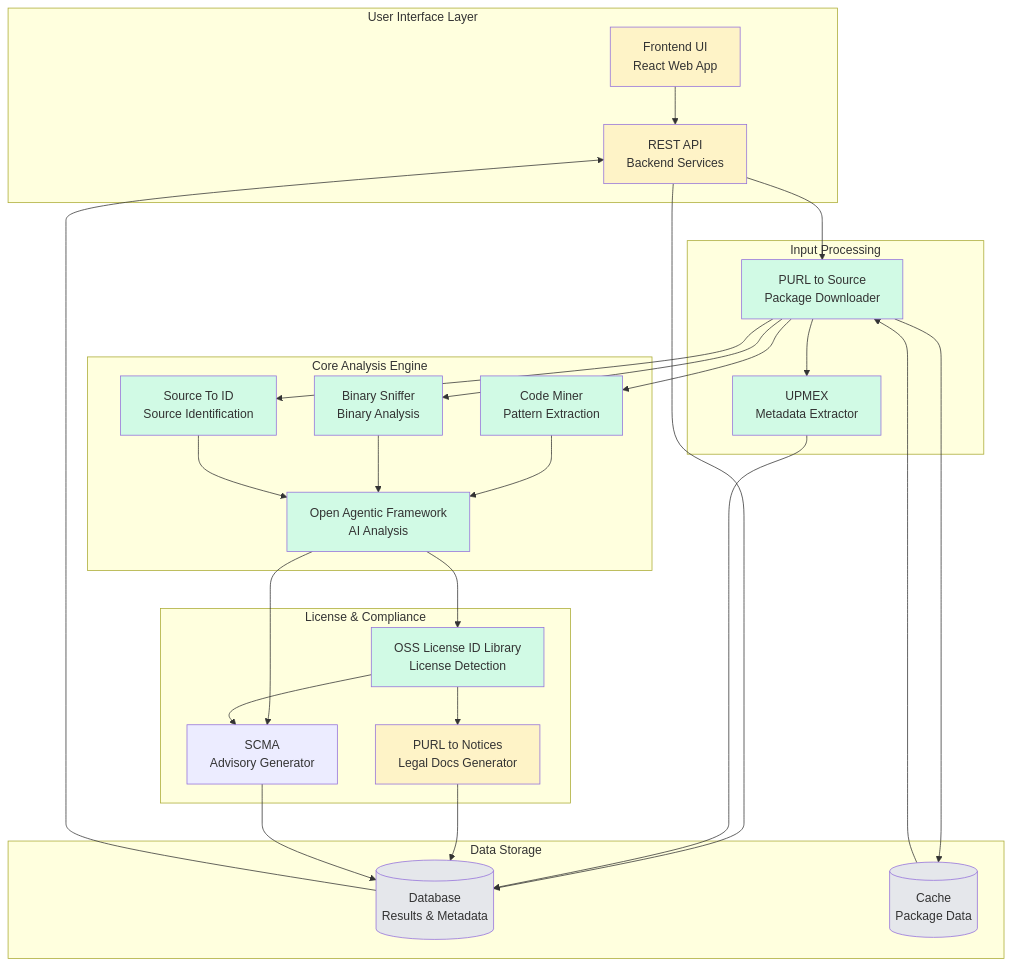
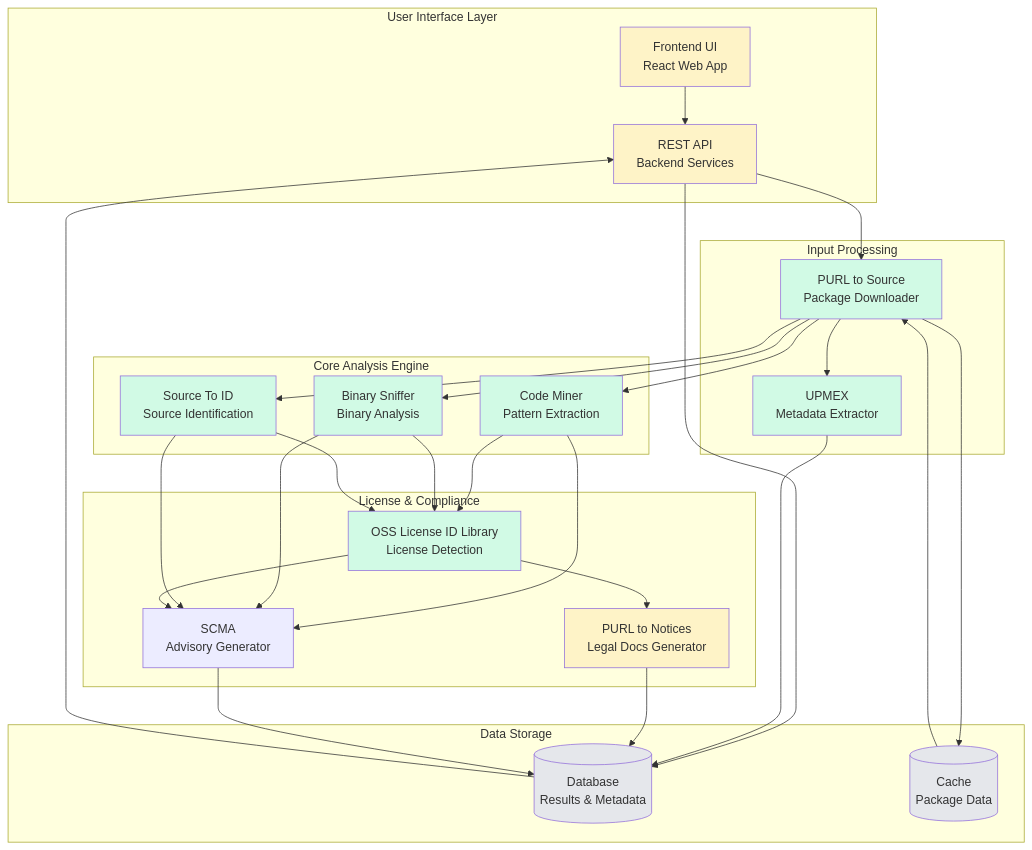
Before and after one commit to SemClone/semcl.one: the first of 4 diagrams in capability-map.md, drawn with Mermaid. The commit also changed other lines of this file and 5 other files, not shown here.

Commit message:
chore: remove Open Agentic Framework from site, README, and generators

````diff
--- a/capability-map.md
+++ b/capability-map.md
@@ -5,69 +5,68 @@
 ```mermaid
 graph TB
     subgraph "User Interface Layer"
         WEB[Frontend UI<br/>React Web App]
         API[REST API<br/>Backend Services]
     end
 
     subgraph "Input Processing"
         PURL[PURL to Source<br/>Package Downloader]
         UPMEX[UPMEX<br/>Metadata Extractor]
     end
 
     subgraph "Core Analysis Engine"
         MINER[Code Miner<br/>Pattern Extraction]
         BINARY[Binary Sniffer<br/>Binary Analysis]
         SRC2ID[Source To ID<br/>Source Identification]
-        AGENT[Open Agentic Framework<br/>AI Analysis]
     end
 
     subgraph "License & Compliance"
         OSLILI[OSS License ID Library<br/>License Detection]
         NOTICE[PURL to Notices<br/>Legal Docs Generator]
         SCMA[SCMA<br/>Advisory Generator]
     end
 
     subgraph "Data Storage"
         DB[(Database<br/>Results & Metadata)]
         CACHE[(Cache<br/>Package Data)]
     end
 
     WEB --> API
     API --> PURL
     API --> DB
     
     PURL --> CACHE
     PURL --> UPMEX
     PURL --> MINER
     PURL --> BINARY
     PURL --> SRC2ID
     
     UPMEX --> DB
     
-    MINER --> AGENT
-    BINARY --> AGENT
-    SRC2ID --> AGENT
+    MINER --> OSLILI
+    BINARY --> OSLILI
+    SRC2ID --> OSLILI
+    MINER --> SCMA
+    BINARY --> SCMA
+    SRC2ID --> SCMA
     
-    AGENT --> OSLILI
-    AGENT --> SCMA
     OSLILI --> NOTICE
     OSLILI --> SCMA
     
     NOTICE --> DB
     SCMA --> DB
     DB --> API
     CACHE --> PURL
 
     style WEB fill:#fef3c7
     style API fill:#fef3c7
     style PURL fill:#d1fae5
     style UPMEX fill:#d1fae5
     style MINER fill:#d1fae5
     style BINARY fill:#d1fae5
     style SRC2ID fill:#d1fae5
-    style AGENT fill:#d1fae5
     style OSLILI fill:#d1fae5
     style NOTICE fill:#fef3c7
     style DB fill:#e5e7eb
     style CACHE fill:#e5e7eb
 ```
````
